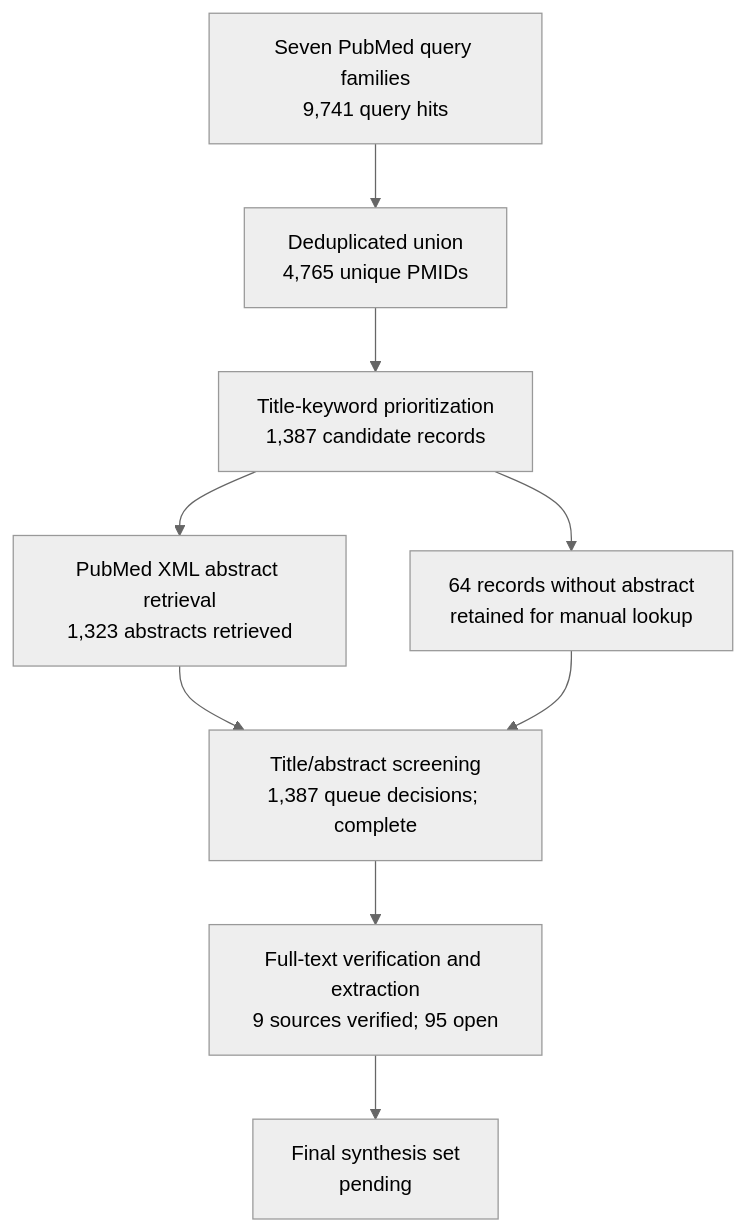
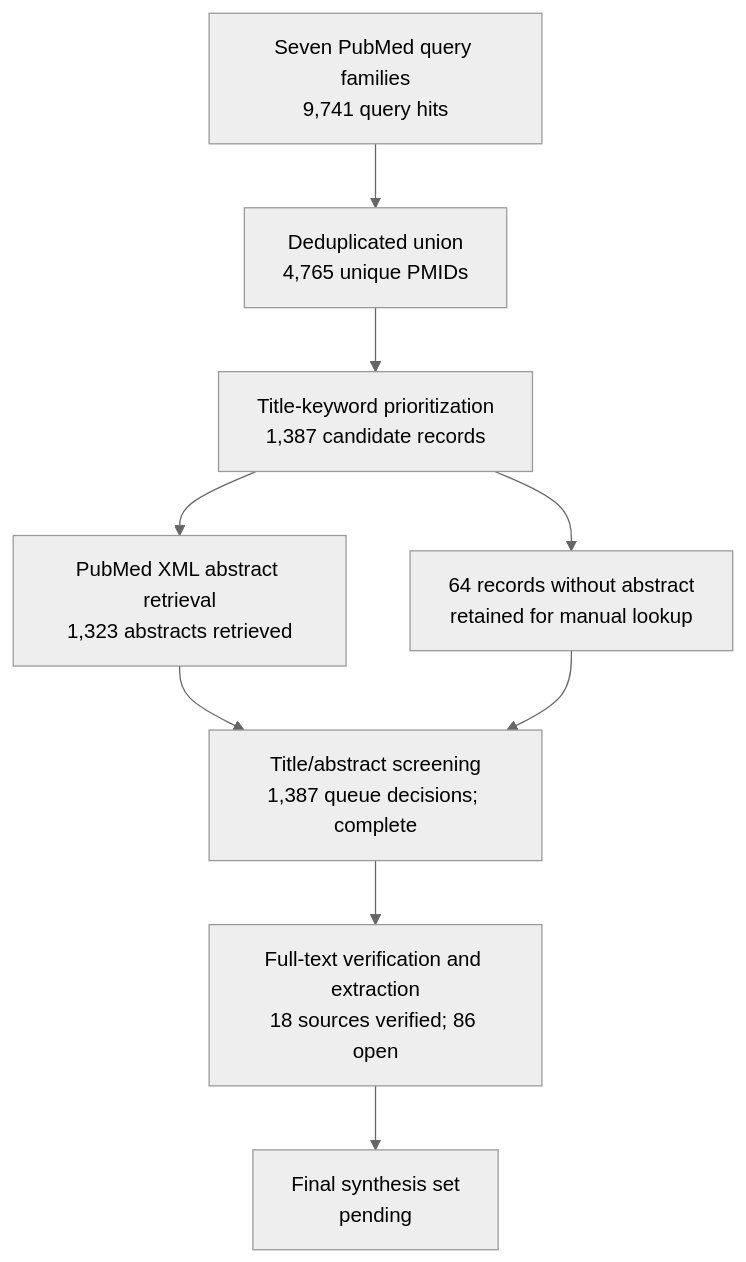
Before and after one commit to dcmcshan/artemisia: the diagram in manuscript/review-flow.md, drawn with Mermaid (neutral theme). The commit also changed other lines of this file and 11 other files, not shown here.

Commit message:
Expand full text verification and malaria matrix evidence

````diff
--- a/manuscript/review-flow.md
+++ b/manuscript/review-flow.md
@@ -5,11 +5,11 @@
 ```mermaid
 flowchart TB
   Q[Seven PubMed query families<br/>9,741 query hits] --> U[Deduplicated union<br/>4,765 unique PMIDs]
   U --> T[Title-keyword prioritization<br/>1,387 candidate records]
   T --> A[PubMed XML abstract retrieval<br/>1,323 abstracts retrieved]
   T --> N[64 records without abstract<br/>retained for manual lookup]
   A --> M[Title/abstract screening<br/>1,387 queue decisions; complete]
   N --> M
-  M --> F[Full-text verification and extraction<br/>9 sources verified; 95 open]
+  M --> F[Full-text verification and extraction<br/>18 sources verified; 86 open]
   F --> S[Final synthesis set<br/>pending]
 ```
````
